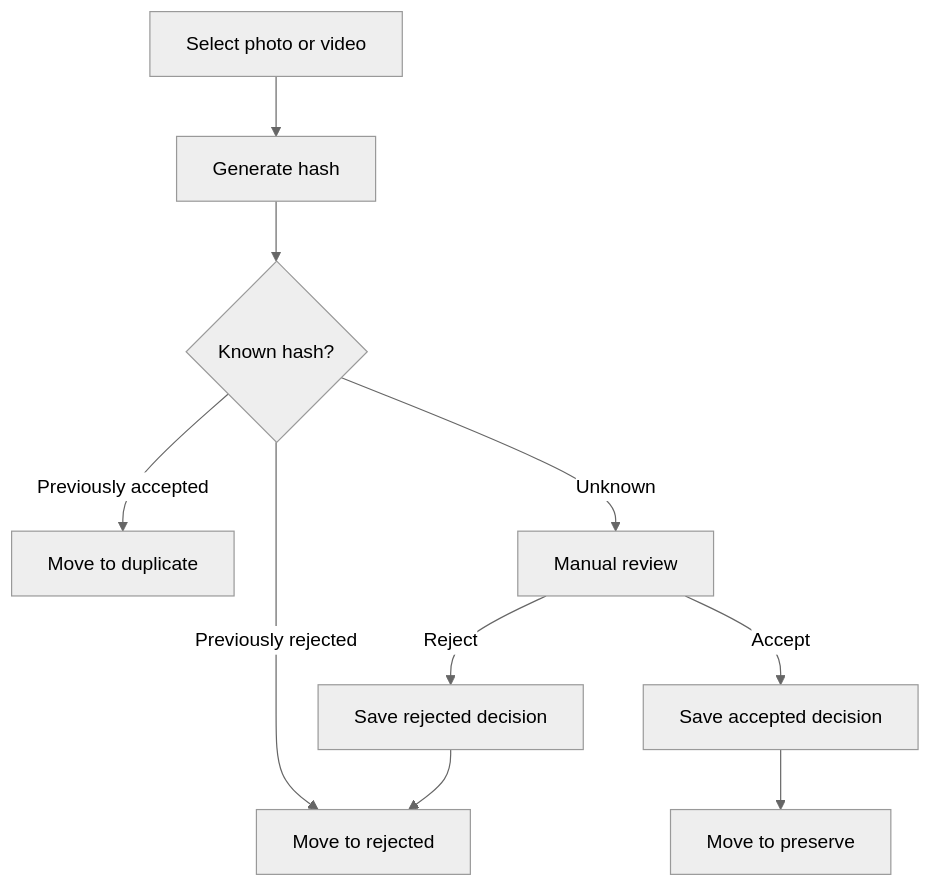
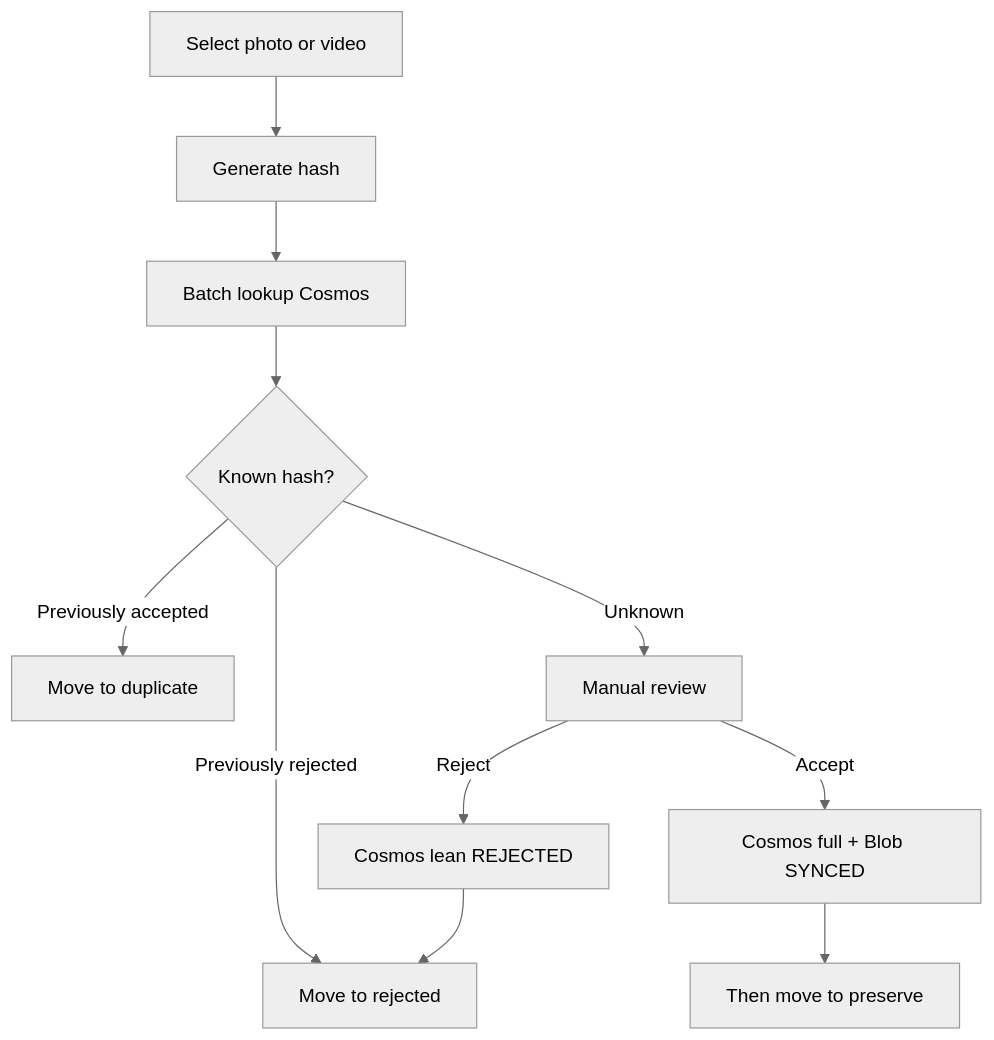
Before and after one commit to digillent/yaadein: the diagram in PRODUCT.md, drawn with Mermaid (neutral theme). The commit also changed other lines of this file and 4 other files, not shown here.

First line of the commit message:
Rewrite roadmap for Cosmos-first decisions and accept-after-upload.

````diff
--- a/PRODUCT.md
+++ b/PRODUCT.md
@@ -49,12 +54,13 @@
 ```mermaid
 flowchart TD
   selectFile[Select photo or video] --> genHash[Generate hash]
-  genHash --> knownHash{Known hash?}
+  genHash --> cosmosLookup[Batch lookup Cosmos]
+  cosmosLookup --> knownHash{Known hash?}
   knownHash -->|Previously rejected| moveRejected[Move to rejected]
   knownHash -->|Previously accepted| moveDuplicate[Move to duplicate]
   knownHash -->|Unknown| manualReview[Manual review]
-  manualReview -->|Accept| saveAccepted[Save accepted decision]
-  manualReview -->|Reject| saveRejected[Save rejected decision]
-  saveAccepted --> movePreserve[Move to preserve]
-  saveRejected --> moveRejected
+  manualReview -->|Accept| cloudAccept[Cosmos full + Blob SYNCED]
+  manualReview -->|Reject| cosmosReject[Cosmos lean REJECTED]
+  cloudAccept --> movePreserve[Then move to preserve]
+  cosmosReject --> moveRejected
 ```
````
